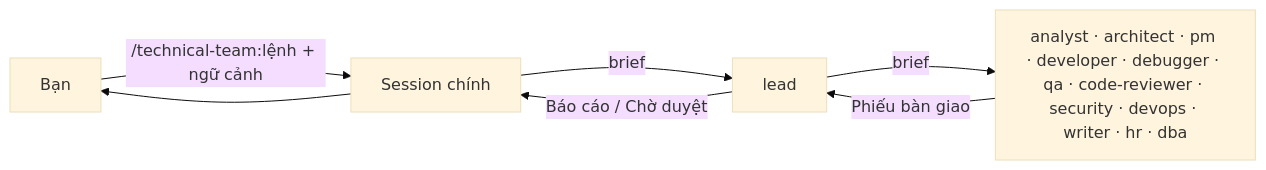
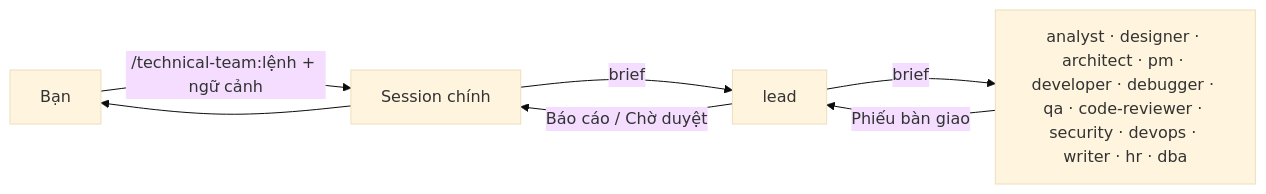
The first of 4 diagrams in README.md (Tuan-Quyen/technical-teams), drawn with Mermaid (base theme) before and after one commit. The commit also changed other lines of this file and 22 other files, not shown here.

````diff
--- a/README.md
+++ b/README.md
@@ -13,8 +13,8 @@
 ```mermaid
 flowchart LR
   U[Bạn] -->|/technical-team:lệnh + ngữ cảnh| M[Session chính]
   M -->|brief| L[lead]
-  L -->|brief| T[analyst · architect · pm · developer · debugger · qa · code-reviewer · security · devops · writer · hr · dba]
+  L -->|brief| T[analyst · designer · architect · pm · developer · debugger · qa · code-reviewer · security · devops · writer · hr · dba]
   T -->|Phiếu bàn giao| L
   L -->|Báo cáo / Chờ duyệt| M --> U
 ```
````
